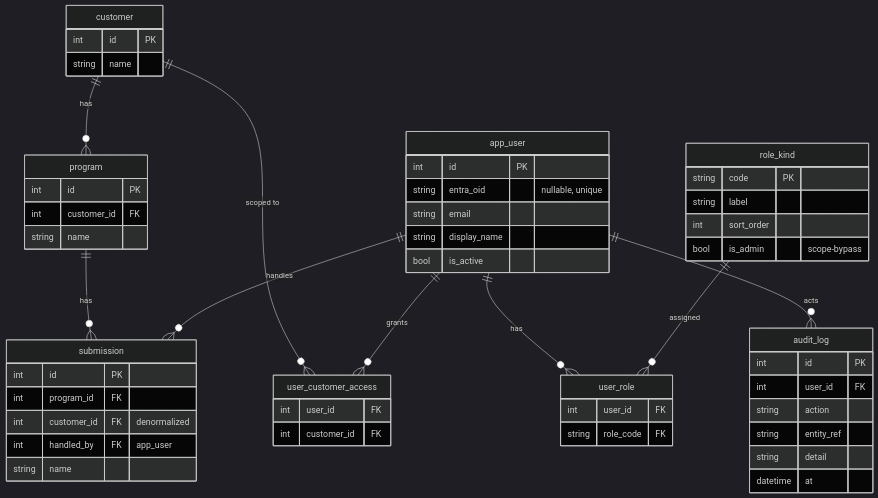
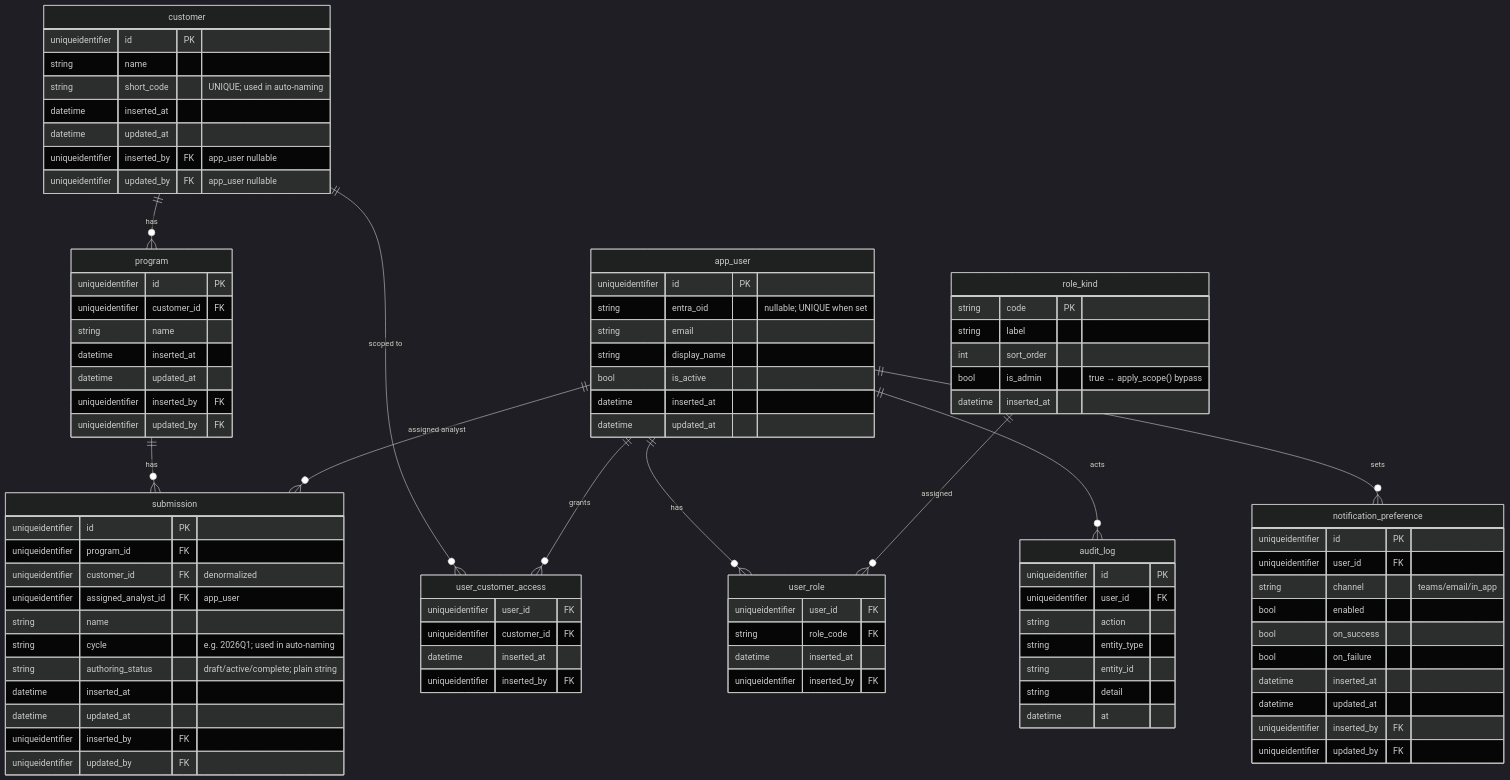
Before and after one commit to anilvenugopal/risk-workbench: the first of 11 diagrams in docs/DATA_MODEL.md, drawn with Mermaid (dark theme). The commit also changed other lines of this file and 2 other files, not shown here.

````diff
--- a/docs/DATA_MODEL.md
+++ b/docs/DATA_MODEL.md
@@ -24,51 +50,87 @@
   app_user ||--o{ user_role : has
   role_kind ||--o{ user_role : assigned
   app_user ||--o{ audit_log : acts
-  app_user ||--o{ submission : handles
+  app_user ||--o{ submission : "assigned analyst"
+  app_user ||--o{ notification_preference : sets
 
   customer {
-    int id PK
+    uniqueidentifier id PK
     string name
+    string short_code "UNIQUE; used in auto-naming"
+    datetime inserted_at
+    datetime updated_at
+    uniqueidentifier inserted_by FK "app_user nullable"
+    uniqueidentifier updated_by FK "app_user nullable"
   }
   program {
-    int id PK
-    int customer_id FK
+    uniqueidentifier id PK
+    uniqueidentifier customer_id FK
     string name
+    datetime inserted_at
+    datetime updated_at
+    uniqueidentifier inserted_by FK
+    uniqueidentifier updated_by FK
   }
   submission {
-    int id PK
-    int program_id FK
-    int customer_id FK "denormalized"
-    int handled_by FK "app_user"
+    uniqueidentifier id PK
+    uniqueidentifier program_id FK
+    uniqueidentifier customer_id FK "denormalized"
+    uniqueidentifier assigned_analyst_id FK "app_user"
     string name
+    string cycle "e.g. 2026Q1; used in auto-naming"
+    string authoring_status "draft/active/complete; plain string"
+    datetime inserted_at
+    datetime updated_at
+    uniqueidentifier inserted_by FK
+    uniqueidentifier updated_by FK
   }
   app_user {
-    int id PK
-    string entra_oid "nullable, unique"
+    uniqueidentifier id PK
+    string entra_oid "nullable; UNIQUE when set"
     string email
     string display_name
     bool is_active
+    datetime inserted_at
+    datetime updated_at
   }
   role_kind {
     string code PK
     string label
     int sort_order
-    bool is_admin "scope-bypass"
+    bool is_admin "true → apply_scope() bypass"
+    datetime inserted_at
   }
   user_role {
-    int user_id FK
+    uniqueidentifier user_id FK
     string role_code FK
+    datetime inserted_at
+    uniqueidentifier inserted_by FK
   }
   user_customer_access {
-    int user_id FK
-    int customer_id FK
+    uniqueidentifier user_id FK
+    uniqueidentifier customer_id FK
+    datetime inserted_at
+    uniqueidentifier inserted_by FK
   }
   audit_log {
-    int id PK
-    int user_id FK
+    uniqueidentifier id PK
+    uniqueidentifier user_id FK
     string action
-    string entity_ref
+    string entity_type
+    string entity_id
     string detail
     datetime at
   }
+  notification_preference {
+    uniqueidentifier id PK
+    uniqueidentifier user_id FK
+    string channel "teams/email/in_app"
+    bool enabled
+    bool on_success
+    bool on_failure
+    datetime inserted_at
+    datetime updated_at
+    uniqueidentifier inserted_by FK
+    uniqueidentifier updated_by FK
+  }
 ```
````
